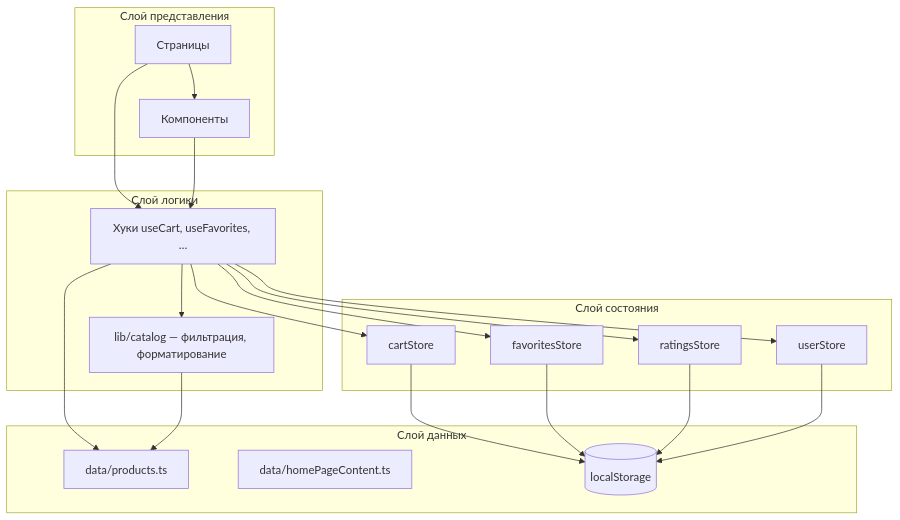
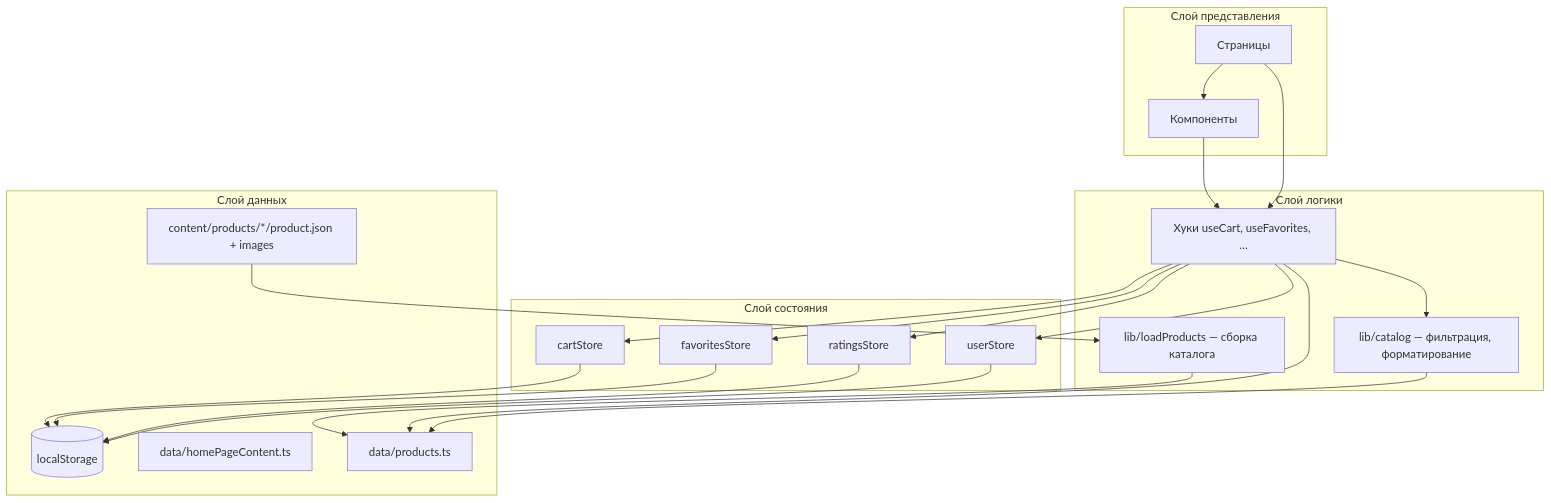
The first of 3 diagrams in documents/PROJECT_DOCUMENTATION.md (katushkinnnns/tennis), drawn with Mermaid before and after one commit. The commit also changed other lines of this file and 22 other files, not shown here.

````diff
--- a/documents/PROJECT_DOCUMENTATION.md
+++ b/documents/PROJECT_DOCUMENTATION.md
@@ -172,40 +174,44 @@
 ```mermaid
 flowchart TB
     subgraph UI["Слой представления"]
         Pages[Страницы]
         Components[Компоненты]
     end
 
     subgraph Logic["Слой логики"]
         Hooks[Хуки useCart, useFavorites, …]
         Lib[lib/catalog — фильтрация, форматирование]
+        Loader[lib/loadProducts — сборка каталога]
     end
 
     subgraph State["Слой состояния"]
         CartStore[cartStore]
         FavStore[favoritesStore]
         RatingsStore[ratingsStore]
         UserStore[userStore]
     end
 
     subgraph Data["Слой данных"]
+        Content[content/products/*/product.json + images]
         Products[data/products.ts]
         HomeContent[data/homePageContent.ts]
         LocalStorage[(localStorage)]
     end
 
     Pages --> Components
     Pages --> Hooks
     Components --> Hooks
     Hooks --> CartStore
     Hooks --> FavStore
     Hooks --> RatingsStore
     Hooks --> UserStore
     Hooks --> Products
     Hooks --> Lib
     Lib --> Products
+    Content --> Loader
+    Loader --> Products
     CartStore --> LocalStorage
     FavStore --> LocalStorage
     RatingsStore --> LocalStorage
     UserStore --> LocalStorage
 ```
````
